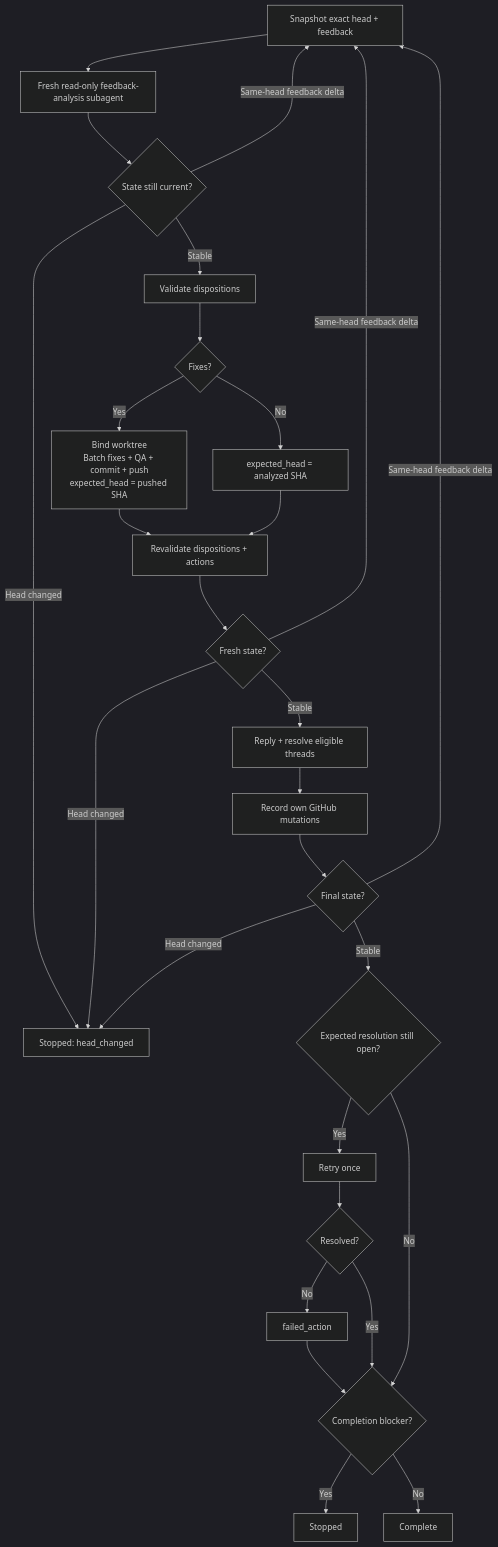
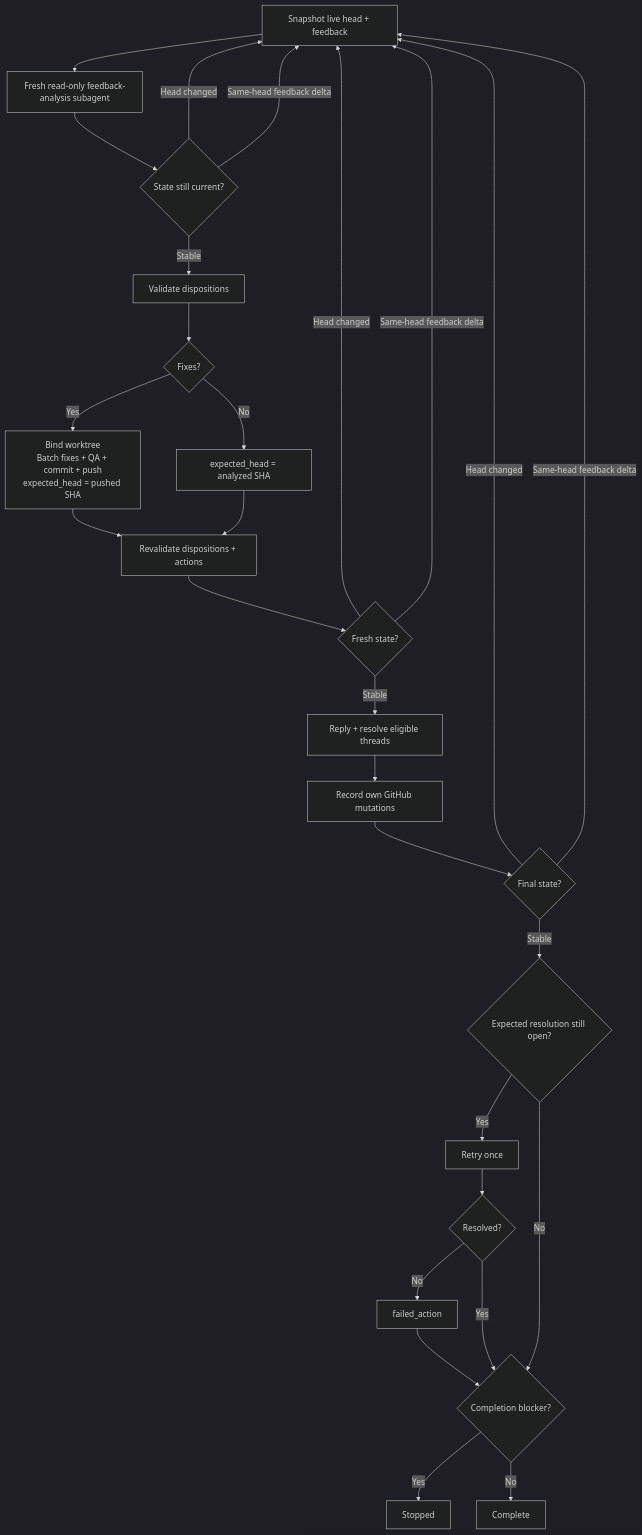
One commit to dceoy/ai-coding-agent-skills changed the diagram in skills/pr-feedback-triage/SKILL.md. Above: the diagram before and after it, drawn with Mermaid (dark theme). The commit also changed other lines of this file, not shown here.

Commit message:
Keep feedback triage on the live PR head

````diff
--- a/skills/pr-feedback-triage/SKILL.md
+++ b/skills/pr-feedback-triage/SKILL.md
@@ -35,30 +36,30 @@
 ```mermaid
 flowchart TD
-  A[Snapshot exact head + feedback] --> B[Fresh read-only feedback-analysis subagent]
+  A[Snapshot live head + feedback] --> B[Fresh read-only feedback-analysis subagent]
   B --> C{State still current?}
-  C -->|Head changed| T[Stopped: head_changed]
+  C -->|Head changed| A
   C -->|Same-head feedback delta| A
   C -->|Stable| D[Validate dispositions]
   D --> E{Fixes?}
   E -->|Yes| F[Bind worktree<br/>Batch fixes + QA + commit + push<br/>expected_head = pushed SHA]
   E -->|No| G[expected_head = analyzed SHA]
   F --> H[Revalidate dispositions + actions]
   G --> H
   H --> I{Fresh state?}
-  I -->|Head changed| T
+  I -->|Head changed| A
   I -->|Same-head feedback delta| A
   I -->|Stable| J[Reply + resolve eligible threads]
   J --> K[Record own GitHub mutations]
   K --> L{Final state?}
-  L -->|Head changed| T
+  L -->|Head changed| A
   L -->|Same-head feedback delta| A
   L -->|Stable| M{Expected resolution still open?}
   M -->|Yes| N[Retry once]
   N --> O{Resolved?}
   O -->|No| P[failed_action]
   O -->|Yes| Q{Completion blocker?}
   M -->|No| Q
   P --> Q
   Q -->|Yes| R[Stopped]
   Q -->|No| S[Complete]
 ```
````
